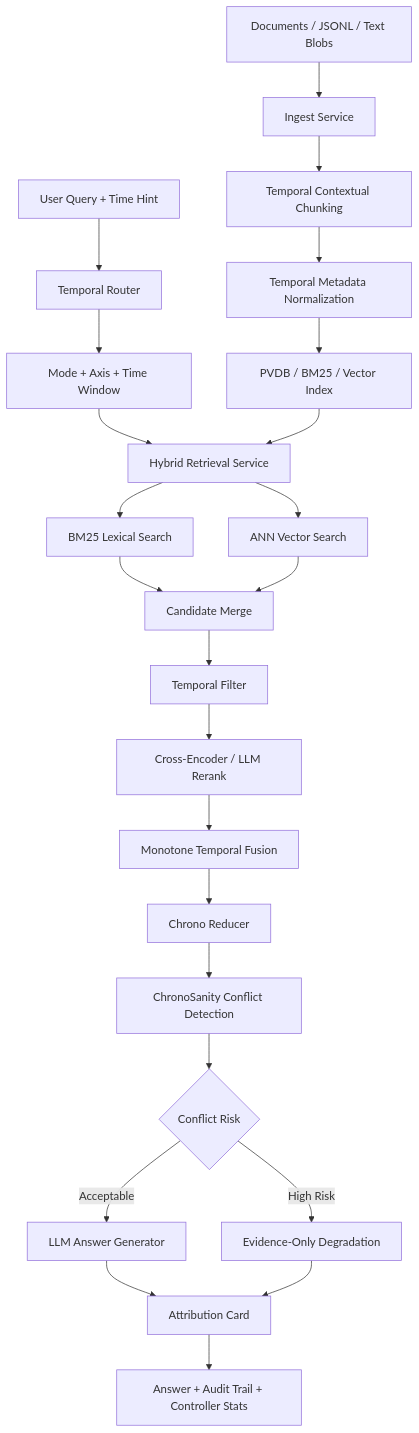
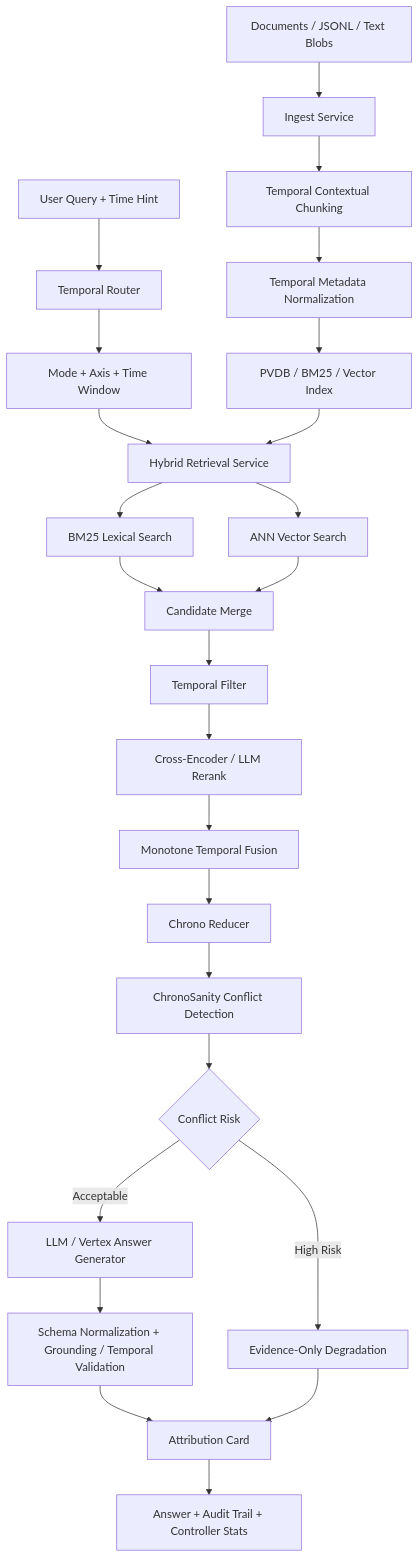
The diagram in README.md (SSKG2602/chronorag-acv), drawn with Mermaid before and after one commit. The commit also changed other lines of this file and 33 other files, not shown here.

````diff
--- a/README.md
+++ b/README.md
@@ -34,30 +39,31 @@
 ```mermaid
 flowchart TD
     A[Documents / JSONL / Text Blobs] --> B[Ingest Service]
     B --> C[Temporal Contextual Chunking]
     C --> D[Temporal Metadata Normalization]
     D --> E[PVDB / BM25 / Vector Index]
 
     Q[User Query + Time Hint] --> R[Temporal Router]
     R --> S[Mode + Axis + Time Window]
 
     S --> T[Hybrid Retrieval Service]
     E --> T
     T --> U[BM25 Lexical Search]
     T --> V[ANN Vector Search]
     U --> W[Candidate Merge]
     V --> W
     W --> X[Temporal Filter]
     X --> Y[Cross-Encoder / LLM Rerank]
     Y --> Z[Monotone Temporal Fusion]
 
     Z --> AA[Chrono Reducer]
     AA --> AB[ChronoSanity Conflict Detection]
     AB --> AC{Conflict Risk}
-    AC -->|Acceptable| AD[LLM Answer Generator]
+    AC -->|Acceptable| AD[LLM / Vertex Answer Generator]
     AC -->|High Risk| AE[Evidence-Only Degradation]
 
-    AD --> AF[Attribution Card]
+    AD --> AH[Schema Normalization + Grounding / Temporal Validation]
+    AH --> AF[Attribution Card]
     AE --> AF
     AF --> AG[Answer + Audit Trail + Controller Stats]
 ```
````
